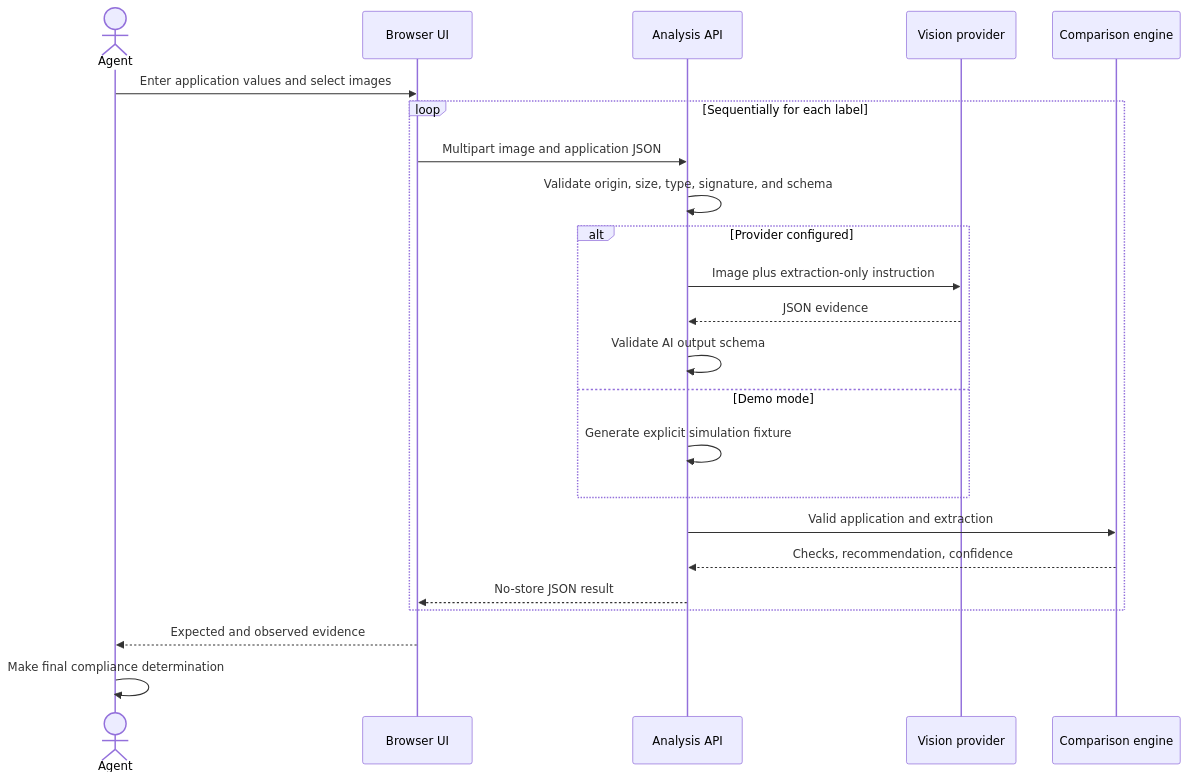
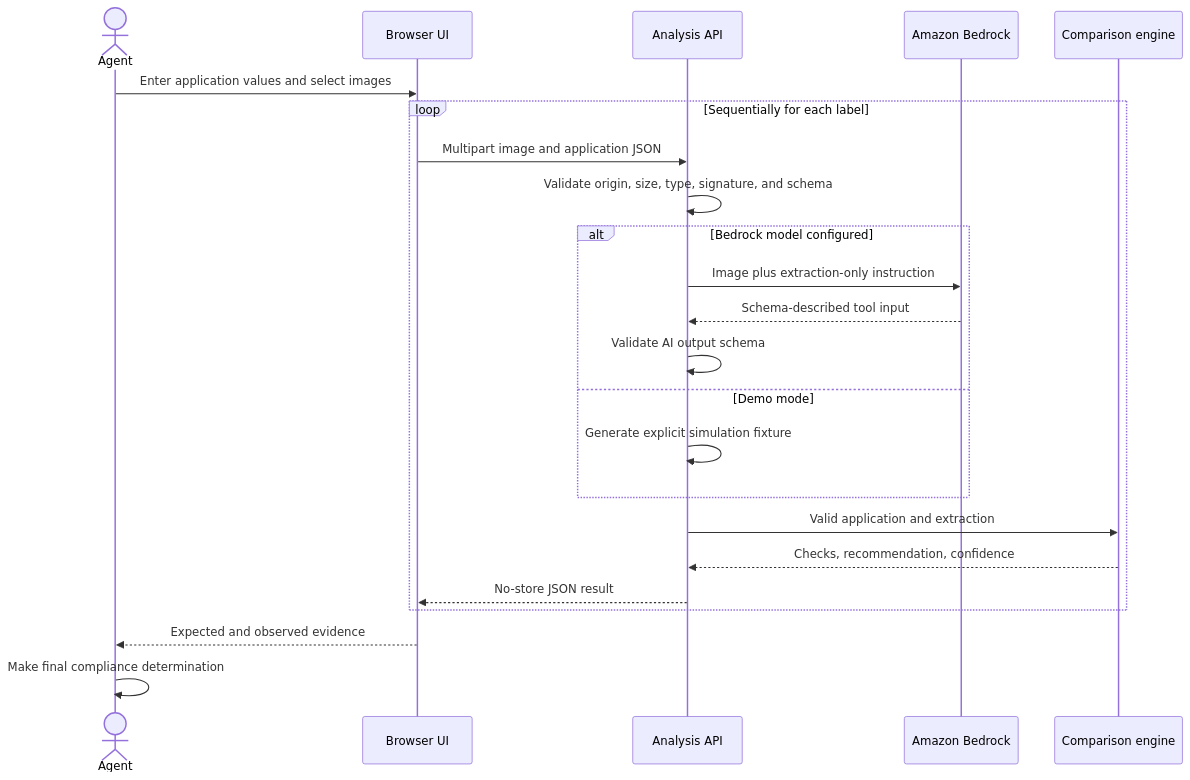
One commit to ivproduced/Treasury-Take-Home changed the second of 2 diagrams in docs/architecture.md. Above: the diagram before and after it, drawn with Mermaid. The commit also changed other lines of this file and 16 other files, not shown here.

Commit message:
Migrate vision extraction to Amazon Bedrock

````diff
--- a/docs/architecture.md
+++ b/docs/architecture.md
@@ -38,26 +38,26 @@
 ```mermaid
 sequenceDiagram
     actor Agent
     participant UI as Browser UI
     participant API as Analysis API
-    participant AI as Vision provider
+    participant AI as Amazon Bedrock
     participant Rules as Comparison engine
 
     Agent->>UI: Enter application values and select images
     loop Sequentially for each label
         UI->>API: Multipart image and application JSON
         API->>API: Validate origin, size, type, signature, and schema
-        alt Provider configured
+        alt Bedrock model configured
             API->>AI: Image plus extraction-only instruction
-            AI-->>API: JSON evidence
+            AI-->>API: Schema-described tool input
             API->>API: Validate AI output schema
         else Demo mode
             API->>API: Generate explicit simulation fixture
         end
         API->>Rules: Valid application and extraction
         Rules-->>API: Checks, recommendation, confidence
         API-->>UI: No-store JSON result
     end
     UI-->>Agent: Expected and observed evidence
     Agent->>Agent: Make final compliance determination
 ```
````
